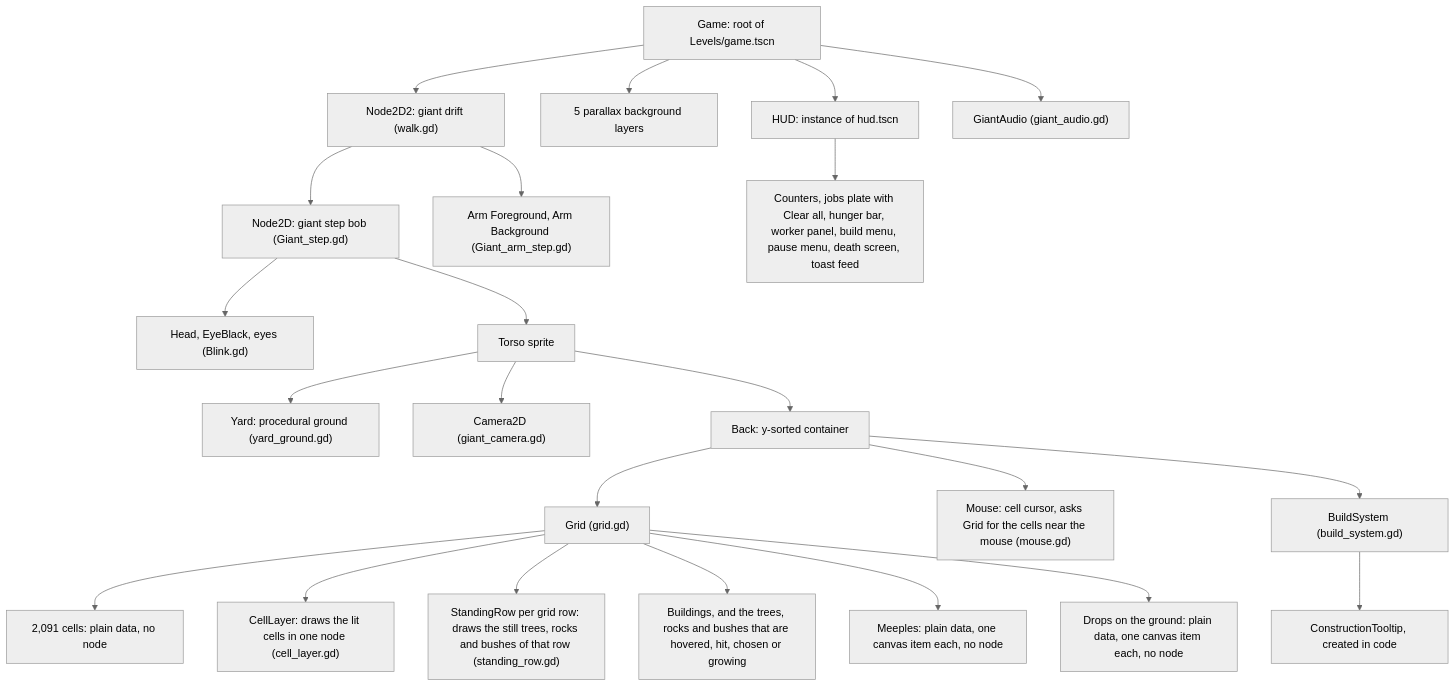
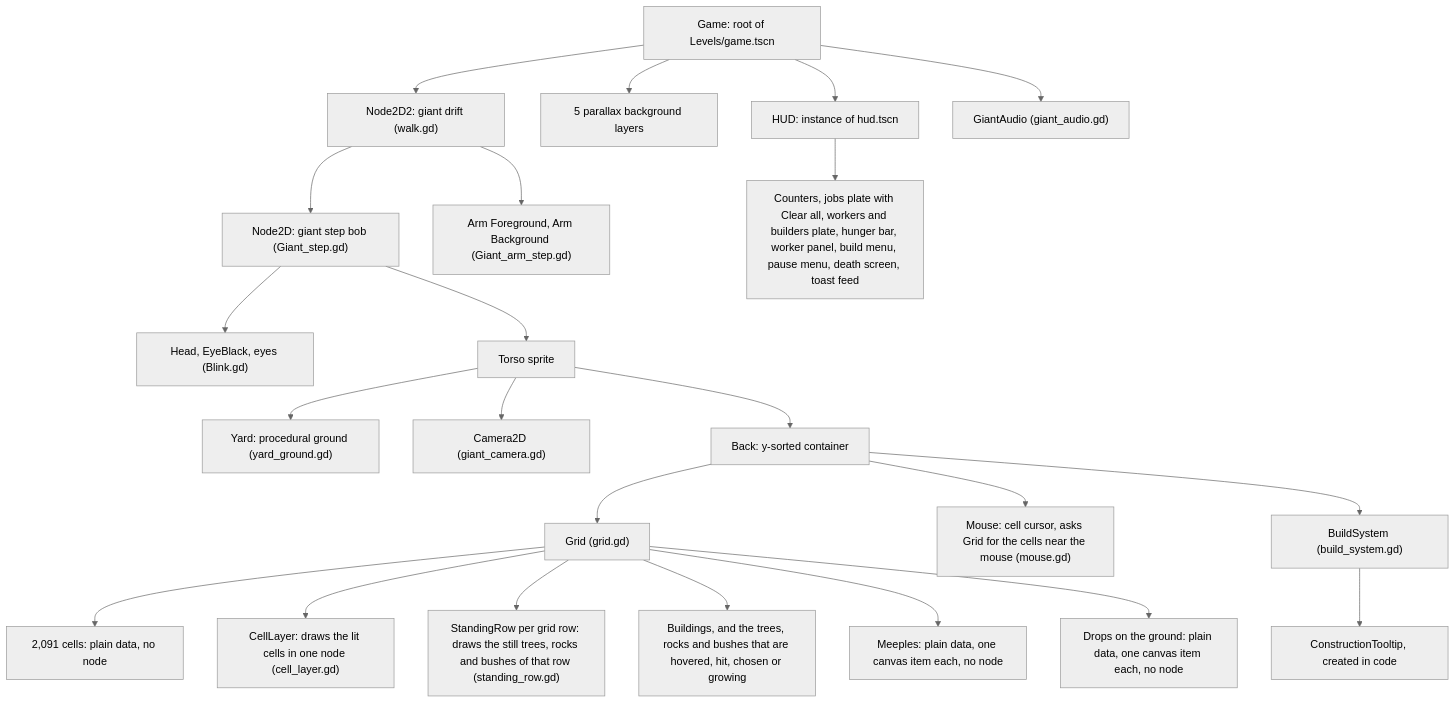
Before and after one commit to Liam-M-Mays/game-jam-2026: the third of 11 diagrams in docs/architecture.md, drawn with Mermaid (neutral theme). The commit also changed other lines of this file and 4 other files, not shown here.

Commit message:
Show workers and builders under the jobs plate, and warn when no builder is left (#134)

````diff
--- a/docs/architecture.md
+++ b/docs/architecture.md
@@ -136,49 +136,49 @@
 ```mermaid
 flowchart TD
     game["Game: root of Levels/game.tscn"]
     walk["Node2D2: giant drift (walk.gd)"]
     step["Node2D: giant step bob (Giant_step.gd)"]
     head["Head, EyeBlack, eyes (Blink.gd)"]
     arms["Arm Foreground, Arm Background (Giant_arm_step.gd)"]
     torso["Torso sprite"]
     yard["Yard: procedural ground (yard_ground.gd)"]
     camera["Camera2D (giant_camera.gd)"]
     back["Back: y-sorted container"]
     grid["Grid (grid.gd)"]
     cells["2,091 cells: plain data, no node"]
     cellLayer["CellLayer: draws the lit cells in one node (cell_layer.gd)"]
     rows["StandingRow per grid row: draws the still trees, rocks and bushes of that row (standing_row.gd)"]
     objects["Buildings, and the trees, rocks and bushes that are hovered, hit, chosen or growing"]
     meeples["Meeples: plain data, one canvas item each, no node"]
     drops["Drops on the ground: plain data, one canvas item each, no node"]
     cursor["Mouse: cell cursor, asks Grid for the cells near the mouse (mouse.gd)"]
     buildSystem["BuildSystem (build_system.gd)"]
     tooltip["ConstructionTooltip, created in code"]
     parallax["5 parallax background layers"]
     hud["HUD: instance of hud.tscn"]
-    hudKids["Counters, jobs plate with Clear all, hunger bar, worker panel, build menu, pause menu, death screen, toast feed"]
+    hudKids["Counters, jobs plate with Clear all, workers and builders plate, hunger bar, worker panel, build menu, pause menu, death screen, toast feed"]
     giantAudio["GiantAudio (giant_audio.gd)"]
 
     game --> walk
     walk --> step
     walk --> arms
     step --> head
     step --> torso
     torso --> yard
     torso --> camera
     torso --> back
     back --> grid
     back --> cursor
     back --> buildSystem
     grid --> cells
     grid --> cellLayer
     grid --> rows
     grid --> objects
     grid --> meeples
     grid --> drops
     buildSystem --> tooltip
     game --> parallax
     game --> hud
     hud --> hudKids
     game --> giantAudio
 ```
````
